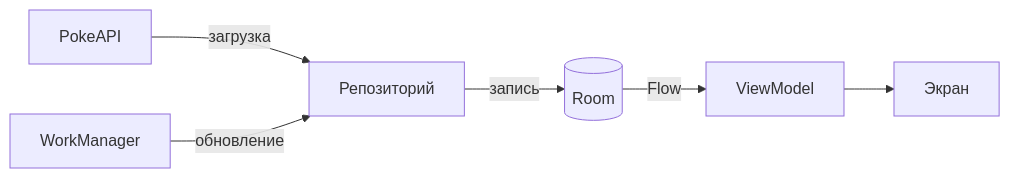
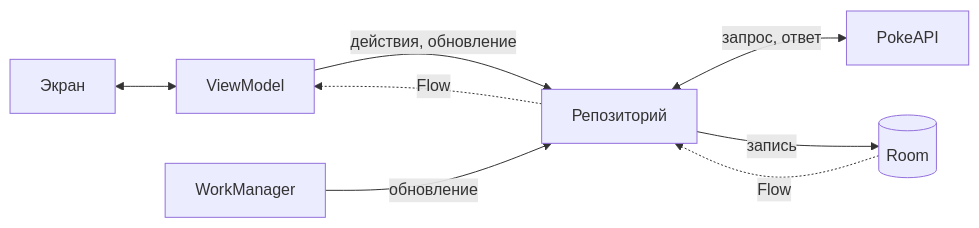
One commit to bembelem/poke-ability-app changed the diagram in README.md. Above: the diagram before and after it, drawn with Mermaid. The commit also changed other lines of this file, not shown here.

Commit message:
docs: fix offline-first diagram

````diff
--- a/README.md
+++ b/README.md
@@ -53,8 +53,10 @@
 ```mermaid
 flowchart LR
-    API[PokeAPI] -->|загрузка| Repo[Репозиторий]
+    UI[Экран] <--> VM[ViewModel]
+    VM -->|действия, обновление| Repo[Репозиторий]
     Worker[WorkManager] -->|обновление| Repo
+    Repo <-->|запрос, ответ| API[PokeAPI]
     Repo -->|запись| Room[(Room)]
-    Room -->|Flow| VM[ViewModel]
-    VM --> UI[Экран]
+    Room -.->|Flow| Repo
+    Repo -.->|Flow| VM
 ```
````
